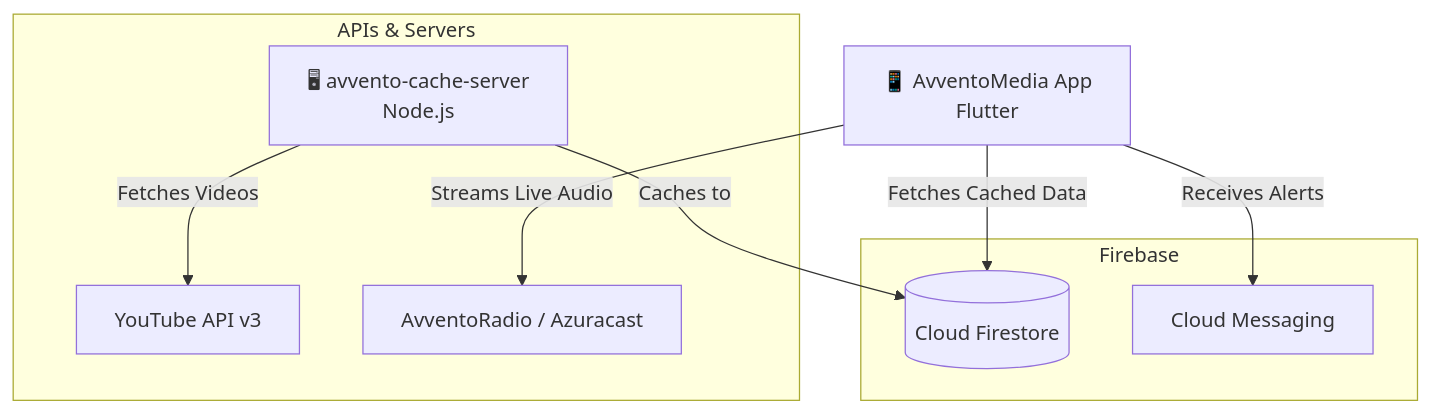
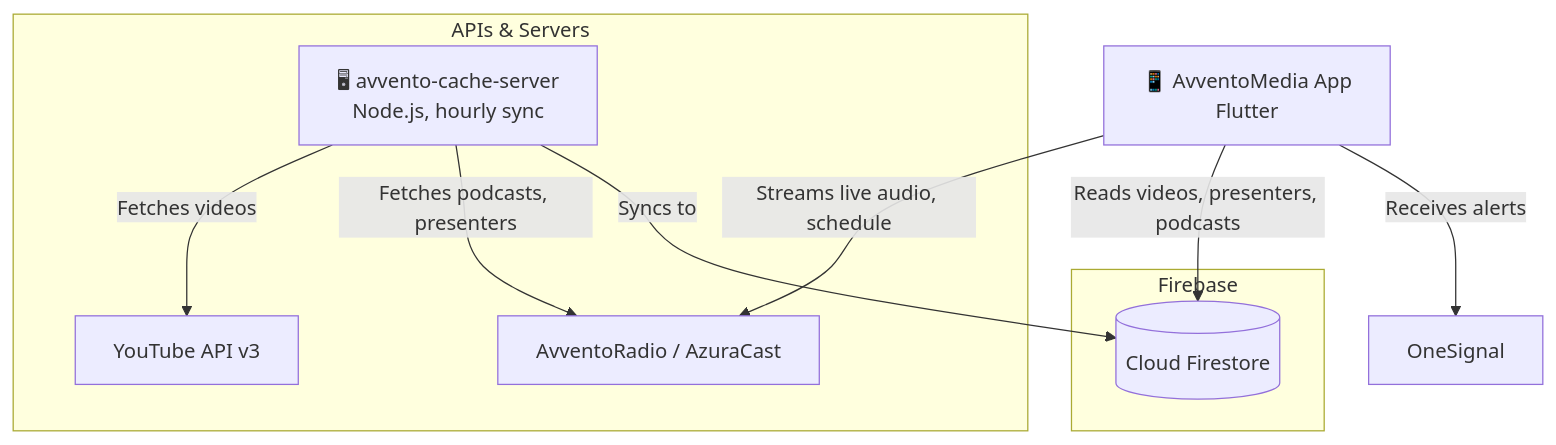
One commit to Muta-Jonathan/AvventoMedia-flutter-Apk changed the diagram in README.md. Above: the diagram before and after it, drawn with Mermaid. The commit also changed other lines of this file, not shown here.

````diff
--- a/README.md
+++ b/README.md
@@ -25,21 +27,23 @@
 ```mermaid
 graph TD
     Client[📱 AvventoMedia App<br>Flutter]
 
     subgraph Firebase
         Firestore[(Cloud Firestore)]
-        FCM[Cloud Messaging]
     end
 
     subgraph APIs & Servers
         YT[YouTube API v3]
-        Radio[AvventoRadio / Azuracast]
-        Cache[🖥 avvento-cache-server<br>Node.js]
+        Radio[AvventoRadio / AzuraCast]
+        Cache[🖥 avvento-cache-server<br>Node.js, hourly sync]
     end
 
-    Client -->|Fetches Cached Data| Firestore
-    Client -->|Streams Live Audio| Radio
-    Client -->|Receives Alerts| FCM
-    Cache -->|Fetches Videos| YT
-    Cache -->|Caches to| Firestore
+    OS[OneSignal]
+
+    Client -->|Reads videos, presenters, podcasts| Firestore
+    Client -->|Streams live audio, schedule| Radio
+    Client -->|Receives alerts| OS
+    Cache -->|Fetches videos| YT
+    Cache -->|Fetches podcasts, presenters| Radio
+    Cache -->|Syncs to| Firestore
 ```
````
